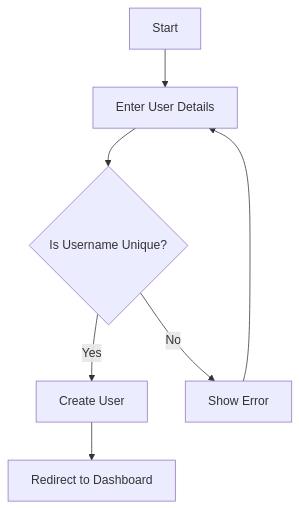
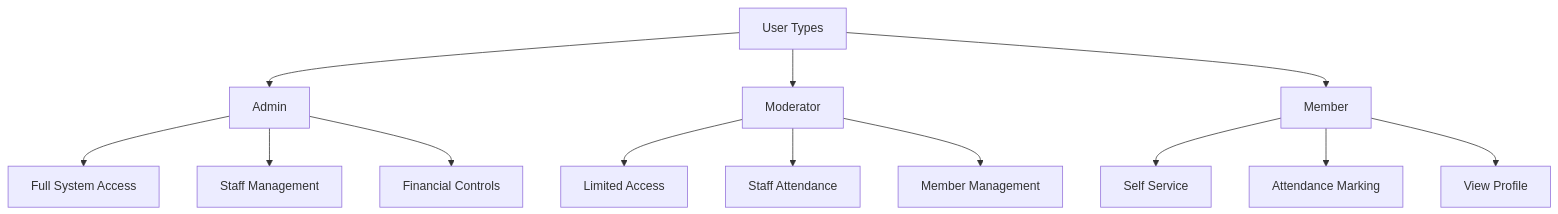
One commit to Kekniskd/worrier-fitness changed the second of 6 diagrams in README.md. Above: the diagram before and after it, drawn with Mermaid. The commit also changed other lines of this file, not shown here.

````diff
--- a/README.md
+++ b/README.md
@@ -72,9 +33,18 @@
 ```mermaid
-flowchart TD;
-    A[Start] --> B[Enter User Details]
-    B --> C{Is Username Unique?}
-    C -->|Yes| D[Create User]
-    C -->|No| E[Show Error]
-    D --> F[Redirect to Dashboard]
-    E --> B
+flowchart TD
+    A[User Types] --> B[Admin]
+    A --> C[Moderator]
+    A --> D[Member]
+    
+    B --> E[Full System Access]
+    B --> F[Staff Management]
+    B --> G[Financial Controls]
+    
+    C --> H[Limited Access]
+    C --> I[Staff Attendance]
+    C --> J[Member Management]
+    
+    D --> K[Self Service]
+    D --> L[Attendance Marking]
+    D --> M[View Profile]
 ```
````
